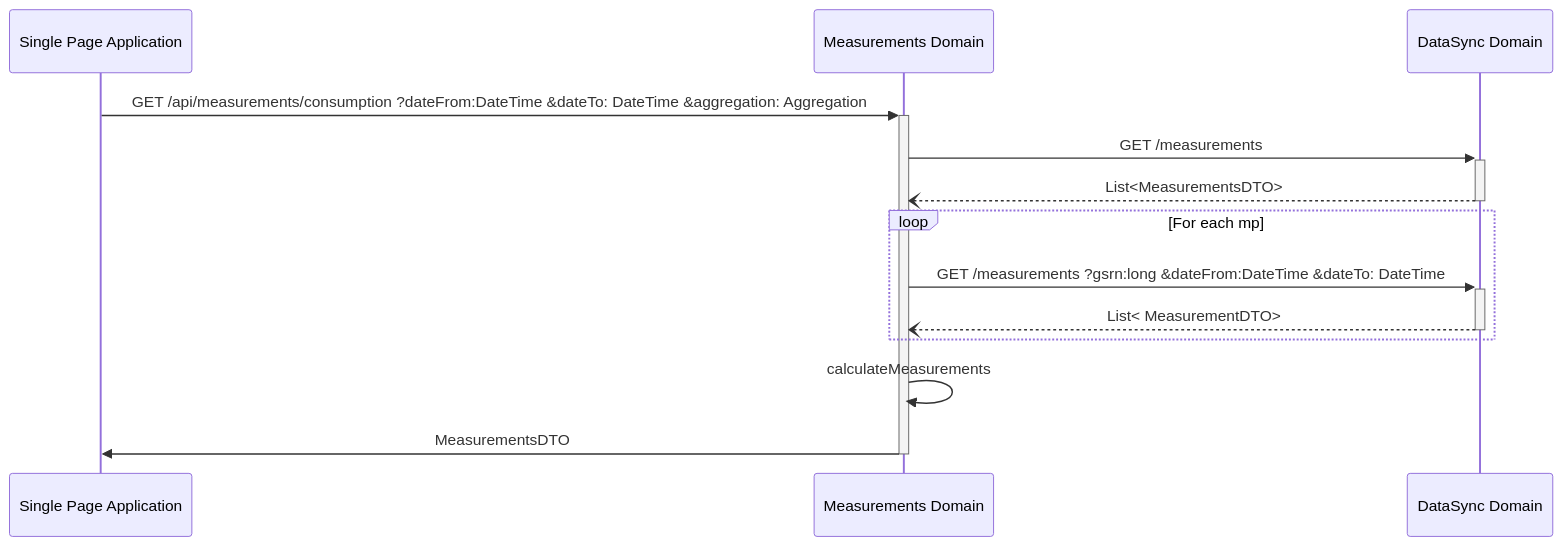
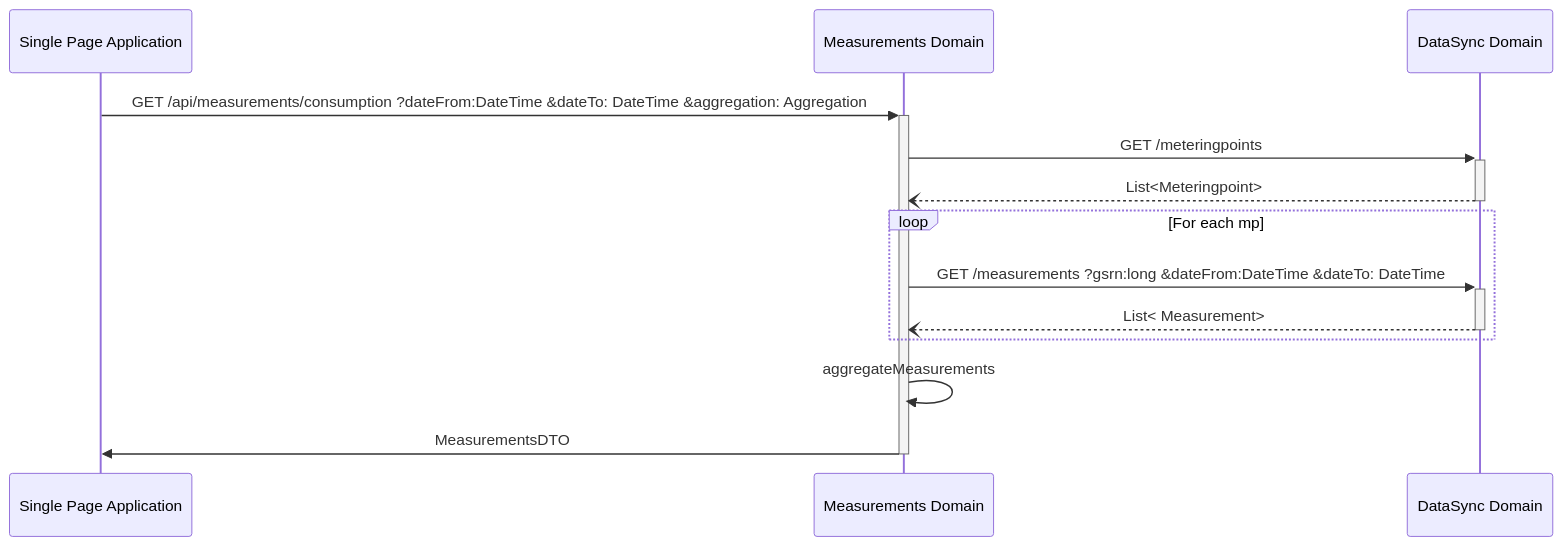
The diagram in doc/api/measurements.md (Energinet-DataHub/energy-origin), drawn with Mermaid before and after one commit. The commit also changed other lines of this file and 6 other files, not shown here.

````diff
--- a/doc/api/measurements.md
+++ b/doc/api/measurements.md
@@ -40,21 +40,21 @@
 ```mermaid
 sequenceDiagram
     participant spa as Single Page Application
     participant em as Measurements Domain
     participant ds as DataSync Domain
 
     spa->>+ em: GET /api/measurements/consumption  ?dateFrom:DateTime  &dateTo: DateTime &aggregation: Aggregation
     
-    em->>+ ds: GET /measurements
-    ds--)- em: List<MeasurementsDTO>
+    em->>+ ds: GET /meteringpoints
+    ds--)- em: List<Meteringpoint>
     
     loop For each mp
       em ->>+ ds: GET /measurements ?gsrn:long &dateFrom:DateTime &dateTo: DateTime
         
-      ds --)- em: List< MeasurementDTO>
+      ds --)- em: List< Measurement>
     end
-    em->> em: calculateMeasurements
+    em->> em: aggregateMeasurements
 
     em->>- spa: MeasurementsDTO
 
 ```
````
